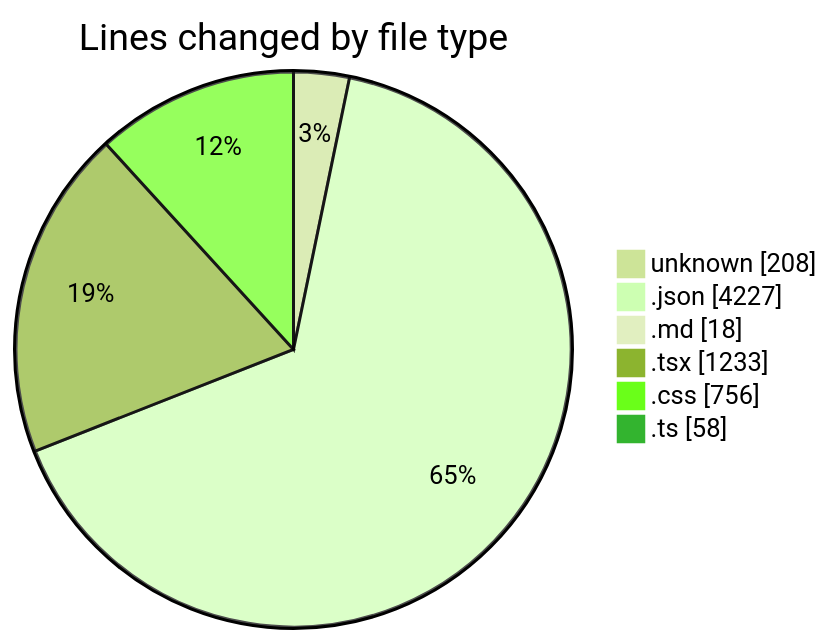
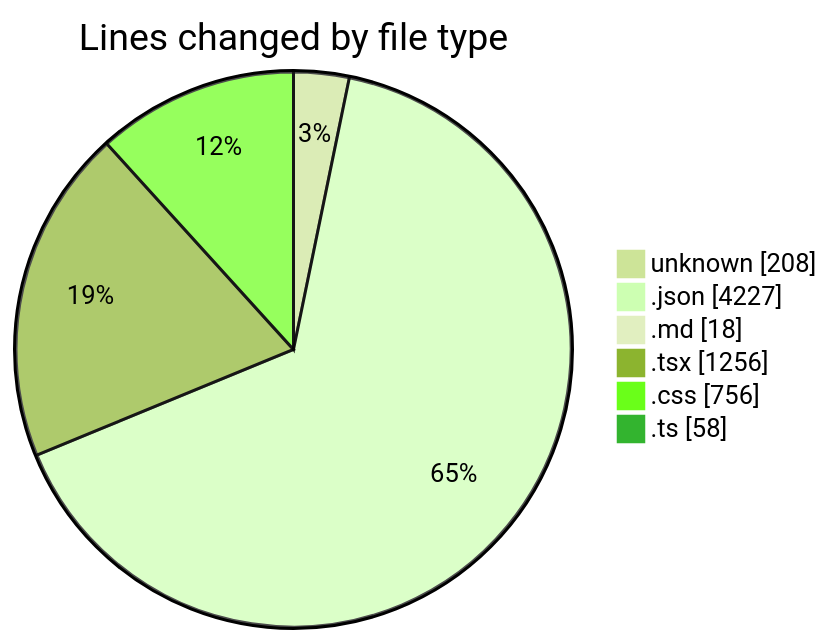
One commit to EIIisD/code-tracking changed the first of 2 diagrams in 2025-08-07/ribbon/README.md. Above: the diagram before and after it, drawn with Mermaid (forest theme). The commit also changed other lines of this file and 1 other file, not shown here.

````diff
--- a/2025-08-07/ribbon/README.md
+++ b/2025-08-07/ribbon/README.md
@@ -36,10 +36,10 @@
 ```mermaid
 pie showData
 title Lines changed by file type
 "unknown" : 208
 ".json" : 4227
 ".md" : 18
-".tsx" : 1233
+".tsx" : 1256
 ".css" : 756
 ".ts" : 58
 ```
````
